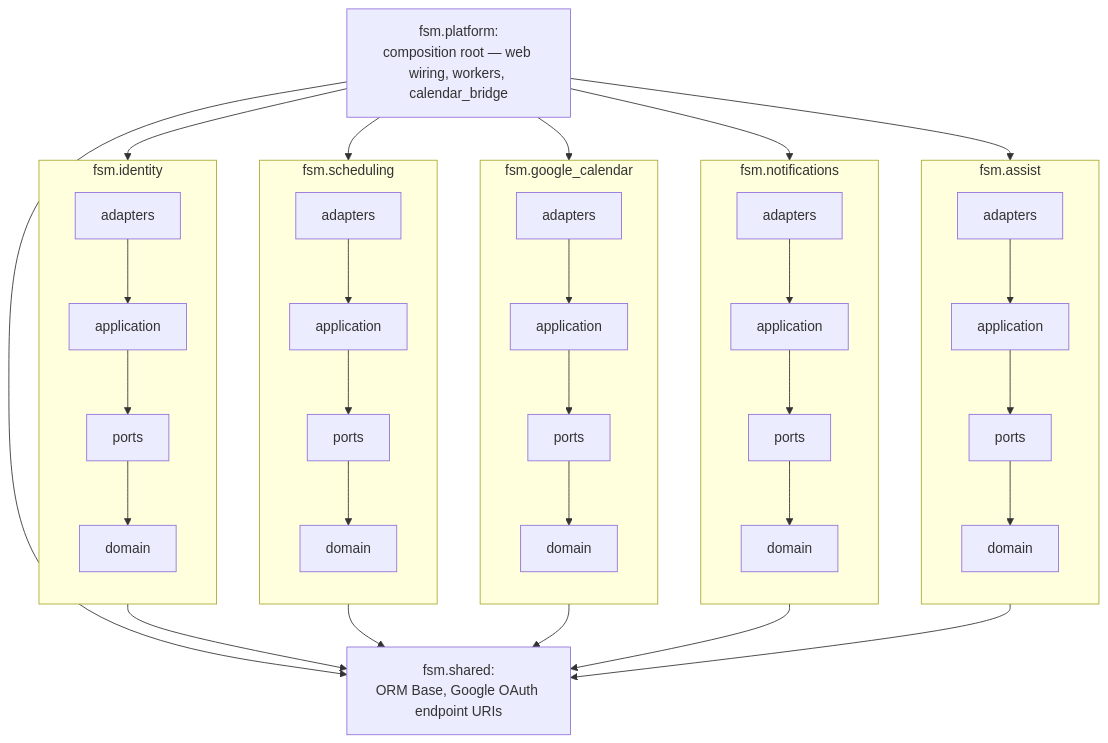
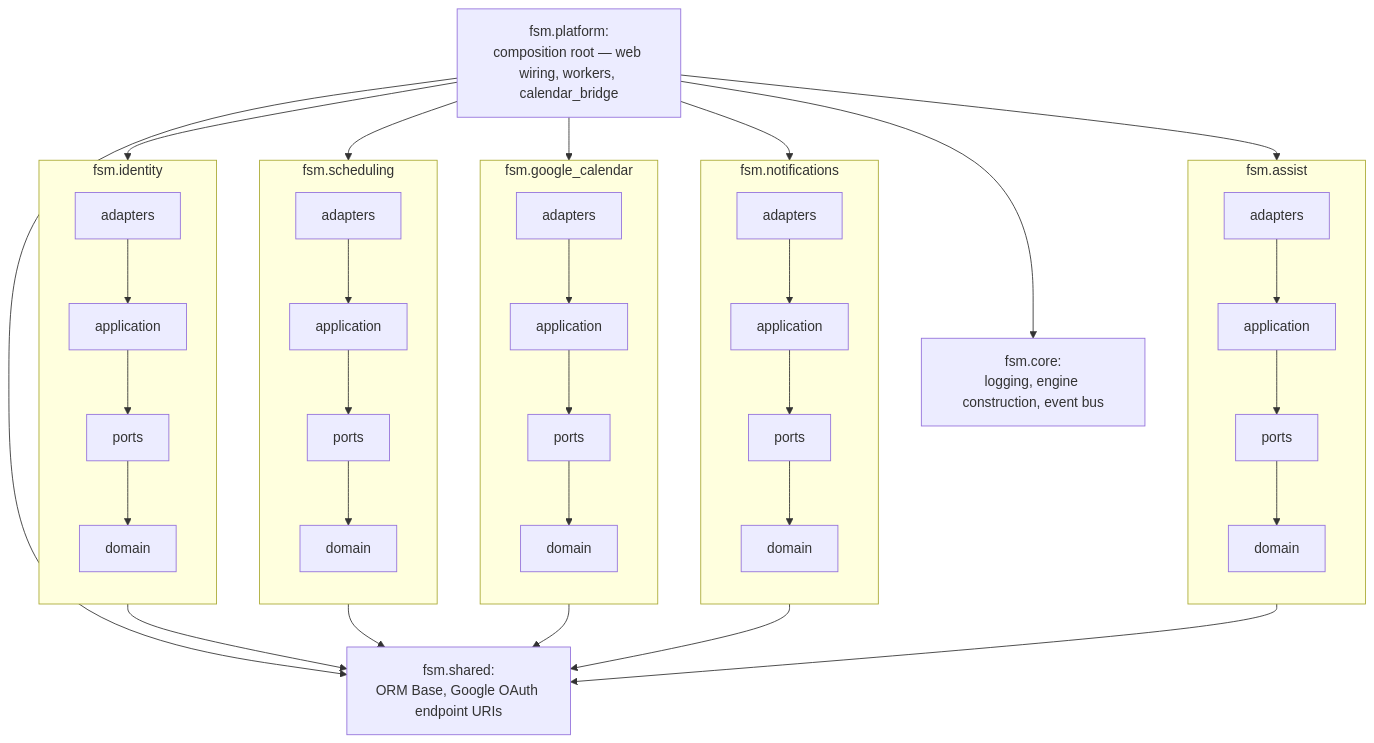
The diagram in docs/architecture.md (erancha/field-service-management), drawn with Mermaid before and after one commit. The commit also changed other lines of this file and 31 other files, not shown here.

````diff
--- a/docs/architecture.md
+++ b/docs/architecture.md
@@ -24,44 +25,47 @@
 ```mermaid
 flowchart TD
     platform["fsm.platform:<br/>composition root — web wiring, workers, calendar_bridge"]
 
     subgraph assist["fsm.assist"]
         direction TB
         a_adapters[adapters] --> a_application[application] --> a_ports[ports] --> a_domain[domain]
     end
 
     subgraph notifications["fsm.notifications"]
         direction TB
         n_adapters[adapters] --> n_application[application] --> n_ports[ports] --> n_domain[domain]
     end
 
     subgraph google_calendar["fsm.google_calendar"]
         direction TB
         c_adapters[adapters] --> c_application[application] --> c_ports[ports] --> c_domain[domain]
     end
 
     subgraph scheduling["fsm.scheduling"]
         direction TB
         s_adapters[adapters] --> s_application[application] --> s_ports[ports] --> s_domain[domain]
     end
 
     subgraph identity["fsm.identity"]
         direction TB
         i_adapters[adapters] --> i_application[application] --> i_ports[ports] --> i_domain[domain]
     end
 
     shared["fsm.shared:<br/>ORM Base, Google OAuth endpoint URIs"]
 
+    core["fsm.core:<br/>logging, engine construction, event bus"]
+
     platform --> assist
     platform --> notifications
     platform --> google_calendar
     platform --> scheduling
     platform --> identity
     platform --> shared
+    platform --> core
 
     a_adapters --> shared
     n_adapters --> shared
     c_adapters --> shared
     s_adapters --> shared
     i_adapters --> shared
 ```
````
